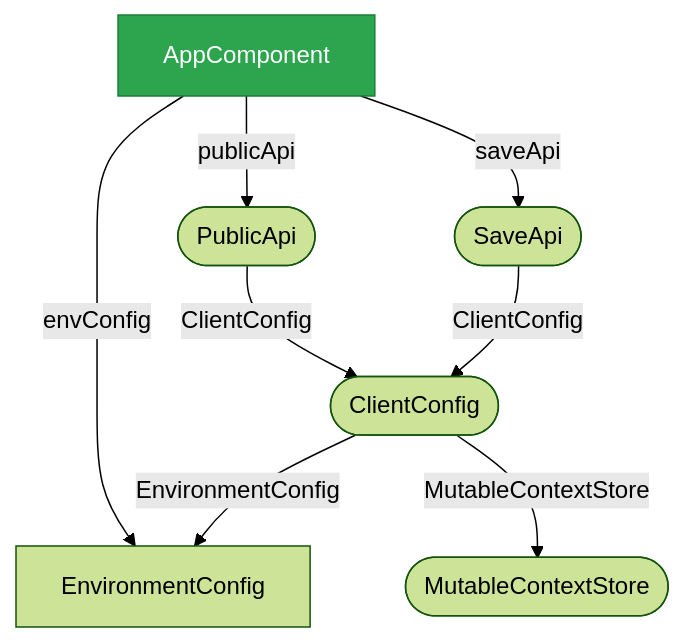
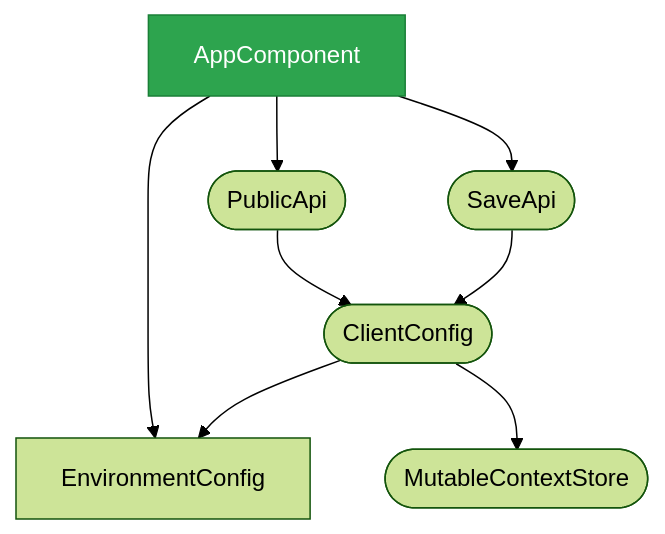
Before and after one commit to deanhiller/webpieces-ts: the diagram in apps/app-example/angular-site/design.md, drawn with Mermaid (forest theme). The commit also changed other lines of this file and 31 other files, not shown here.

````diff
--- a/apps/app-example/angular-site/design.md
+++ b/apps/app-example/angular-site/design.md
@@ -13,19 +13,20 @@
 ```mermaid
 graph TD
     AppComponent["AppComponent"]:::component
     ClientConfig(["ClientConfig"])
     EnvironmentConfig["EnvironmentConfig"]
     MutableContextStore(["MutableContextStore"])
     PublicApi(["PublicApi"])
     SaveApi(["SaveApi"])
-    AppComponent -->|envConfig| EnvironmentConfig
-    AppComponent -->|publicApi| PublicApi
-    AppComponent -->|saveApi| SaveApi
-    ClientConfig -->|EnvironmentConfig| EnvironmentConfig
-    ClientConfig -->|MutableContextStore| MutableContextStore
-    PublicApi -->|ClientConfig| ClientConfig
-    SaveApi -->|ClientConfig| ClientConfig
+    AppComponent --> EnvironmentConfig
+    AppComponent --> PublicApi
+    AppComponent --> SaveApi
+    ClientConfig --> EnvironmentConfig
+    ClientConfig --> MutableContextStore
+    PublicApi --> ClientConfig
+    SaveApi --> ClientConfig
     classDef controller fill:#1f6feb,color:#ffffff,stroke:#0d419d
+    classDef apiImpl fill:#0d9488,color:#ffffff,stroke:#0f766e
     classDef component fill:#2da44e,color:#ffffff,stroke:#1a7f37
     classDef unresolved fill:#f0ad4e,color:#000000,stroke:#b8860b,stroke-dasharray: 5 5
 ```
````
